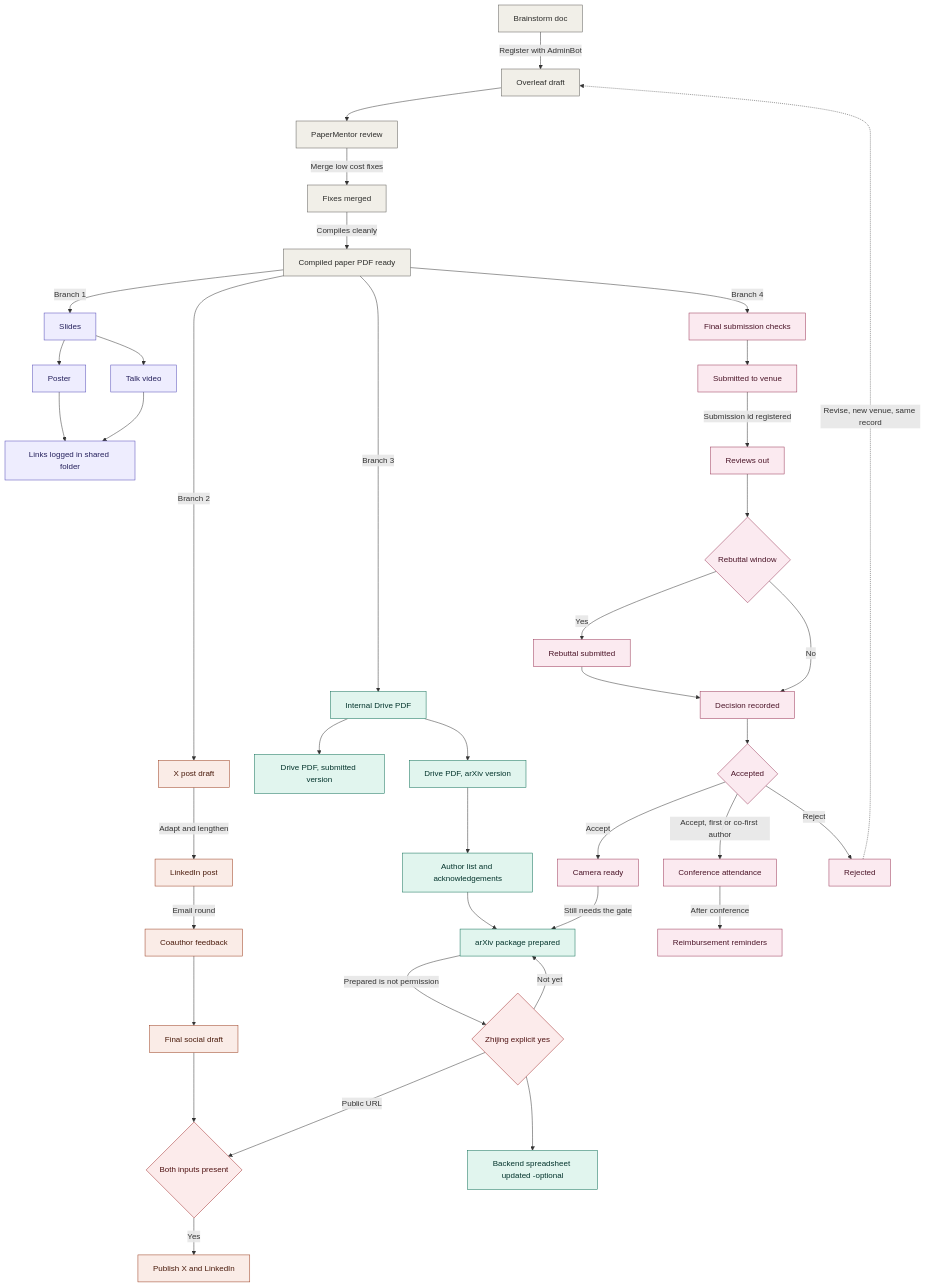
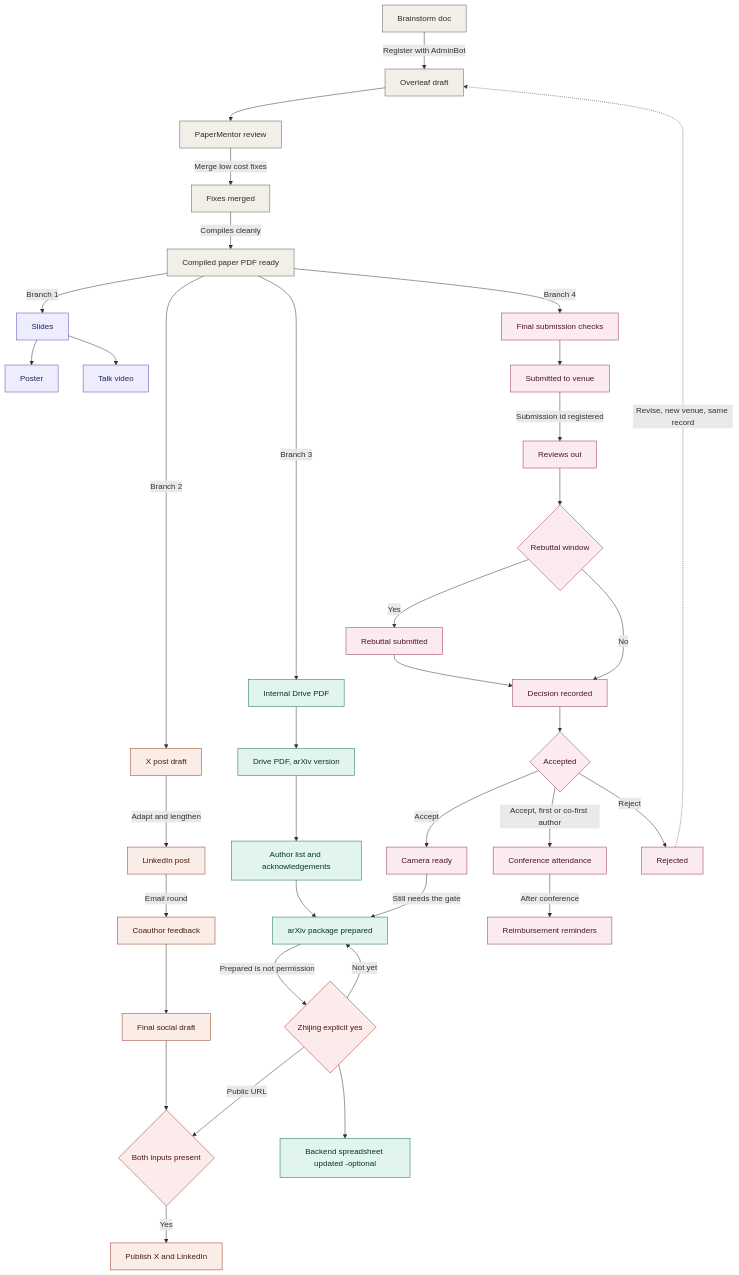
The diagram in openclaw-adminbot/packages/nudge-engine/docs/paperflow.md (akhkim/adminbot), drawn with Mermaid before and after one commit. The commit also changed 33 other files, not shown here.

````diff
--- a/openclaw-adminbot/packages/nudge-engine/docs/paperflow.md
+++ b/openclaw-adminbot/packages/nudge-engine/docs/paperflow.md
@@ -3,71 +3,68 @@
 ```mermaid
 %% Revised from the original. Two changes, both in the arXiv branch:
 %%   1. ZP [Zhijing review] removed — Zhijing's involvement halves to one gate, GT
 %%      (also dropped from the `rel` class list)
 %%   2. both of ZP's inbound edges (AK, CM) now land on PK
 %%   3. CA [Conference attendance] and RM [Reimbursement reminders] added off the accept
 %%      path — travel is triggered by acceptance and runs parallel to camera ready, not
 %%      after it. Guarded on first / co-first authorship. Checklist below the diagram.
 %% PK therefore has two inbound edges and is an OR-join: AK alone OR CM alone is enough.
 %% This matters because a reject prunes CM — under AND, branch 3 would deadlock
 %% permanently and silently, and the preprint could never be posted.
 flowchart TD
     BR[Brainstorm doc] -->|Register with AdminBot| OV[Overleaf draft]
     OV --> PM[PaperMentor review]
     PM -->|Merge low cost fixes| FX[Fixes merged]
     FX -->|Compiles cleanly| PDF[Compiled paper PDF ready]
 
     PDF -->|Branch 1| SL[Slides]
     PDF -->|Branch 2| XD[X post draft]
     PDF -->|Branch 3| DR[Internal Drive PDF]
     PDF -->|Branch 4| CK[Final submission checks]
 
     SL --> PO[Poster]
     SL --> TV[Talk video]
-    PO --> LG[Links logged in shared folder]
-    TV --> LG
 
     XD -->|Adapt and lengthen| LI[LinkedIn post]
     LI -->|Email round| CP[Coauthor feedback]
     CP --> SF[Final social draft]
 
-    DR --> DS[Drive PDF, submitted version]
     DR --> DA[Drive PDF, arXiv version]
     DA --> AK[Author list and acknowledgements]
     AK --> PK[arXiv package prepared]
     PK -->|Prepared is not permission| GT{Zhijing explicit yes}
     GT -->|Not yet| PK
     GT -->|Public URL| JN
     GT --> BE[Backend spreadsheet updated -optional]
 
     CK --> SB[Submitted to venue]
     SB -->|Submission id registered| RV[Reviews out]
     RV --> RB{Rebuttal window}
     RB -->|Yes| RS[Rebuttal submitted]
     RB -->|No| DC[Decision recorded]
     RS --> DC
     DC --> AC{Accepted}
     AC -->|Accept| CM[Camera ready]
     AC -->|Accept, first or co-first author| CA[Conference attendance]
     AC -->|Reject| RJ[Rejected]
     CA -->|After conference| RM[Reimbursement reminders]
     CM -->|Still needs the gate| PK
     RJ -.->|Revise, new venue, same record| OV
 
     SF --> JN{Both inputs present}
     JN -->|Yes| PS[Publish X and LinkedIn]
 
     classDef pres fill:#EEEDFE,stroke:#534AB7,color:#26215C
     classDef soc fill:#FAECE7,stroke:#993C1D,color:#4A1B0C
     classDef rel fill:#E1F5EE,stroke:#0F6E56,color:#04342C
     classDef conf fill:#FBEAF0,stroke:#993556,color:#4B1528
     classDef gate fill:#FCEBEB,stroke:#A32D2D,color:#501313
     classDef hub fill:#F1EFE8,stroke:#5F5E5A,color:#2C2C2A
 
     class BR,OV,PM,FX,PDF hub
-    class SL,PO,TV,LG pres
+    class SL,PO,TV pres
     class XD,LI,CP,SF,PS soc
-    class DR,DS,DA,AK,PK,BE rel
+    class DR,DA,AK,PK,BE rel
     class CK,SB,RV,RB,RS,DC,AC,CM,RJ,CA,RM conf
     class GT,JN gate
 ```
````
